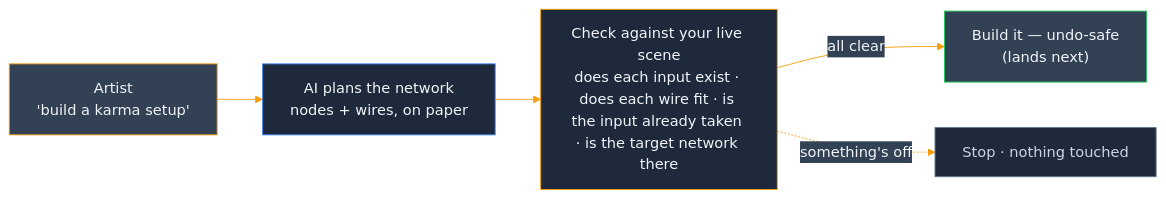
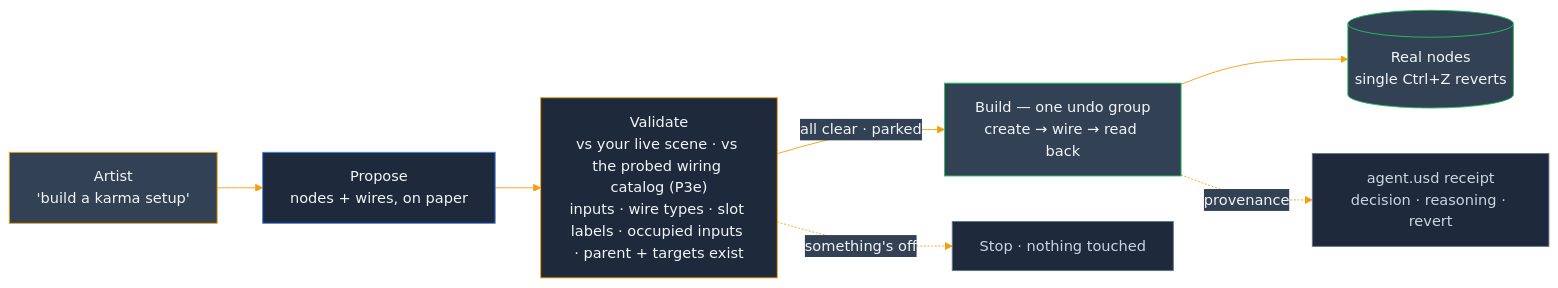
Before and after one commit to JosephOIbrahim/Synapse: the third of 5 diagrams in README.md, drawn with Mermaid. The commit also changed other lines of this file and 5 other files, not shown here.

````diff
--- a/README.md
+++ b/README.md
@@ -104,13 +143,15 @@
 ```mermaid
 %%{init: {'theme':'base', 'themeVariables': {'primaryColor':'#1e293b','primaryTextColor':'#f1f5f9','primaryBorderColor':'#0f172a','lineColor':'#f59e0b','secondaryColor':'#334155','tertiaryColor':'#475569'}}}%%
 flowchart LR
-    ASK["Artist<br/>'build a karma setup'"]:::artist --> PLAN["AI plans the network<br/>nodes + wires, on paper"]:::panel
-    PLAN --> VAL["Check against your live scene<br/>does each input exist · does each wire fit · is the input already taken · is the target network there"]:::bridge
-    VAL -->|"all clear"| BUILD["Build it — undo-safe<br/>(lands next)"]:::hou
+    ASK["Artist<br/>'build a karma setup'"]:::artist --> PROP["Propose<br/>nodes + wires, on paper"]:::panel
+    PROP --> VAL["Validate<br/>vs your live scene · vs the probed wiring catalog (P3e)<br/>inputs · wire types · slot labels · occupied inputs · parent + targets exist"]:::bridge
+    VAL -->|"all clear · parked"| BUILD["Build — one undo group<br/>create → wire → read back"]:::hou
     VAL -.->|"something's off"| STOP["Stop · nothing touched"]:::side
+    BUILD --> NODES[("Real nodes<br/>single Ctrl+Z reverts")]:::hou
+    BUILD -.provenance.-> REC["agent.usd receipt<br/>decision · reasoning · revert"]:::side
     classDef artist fill:#334155,stroke:#f59e0b,color:#f1f5f9
     classDef panel fill:#1e293b,stroke:#3b82f6,color:#f1f5f9
     classDef bridge fill:#1e293b,stroke:#f59e0b,color:#f1f5f9
     classDef hou fill:#334155,stroke:#22c55e,color:#f1f5f9
     classDef side fill:#1e293b,stroke:#64748b,color:#cbd5e1
 ```
````
